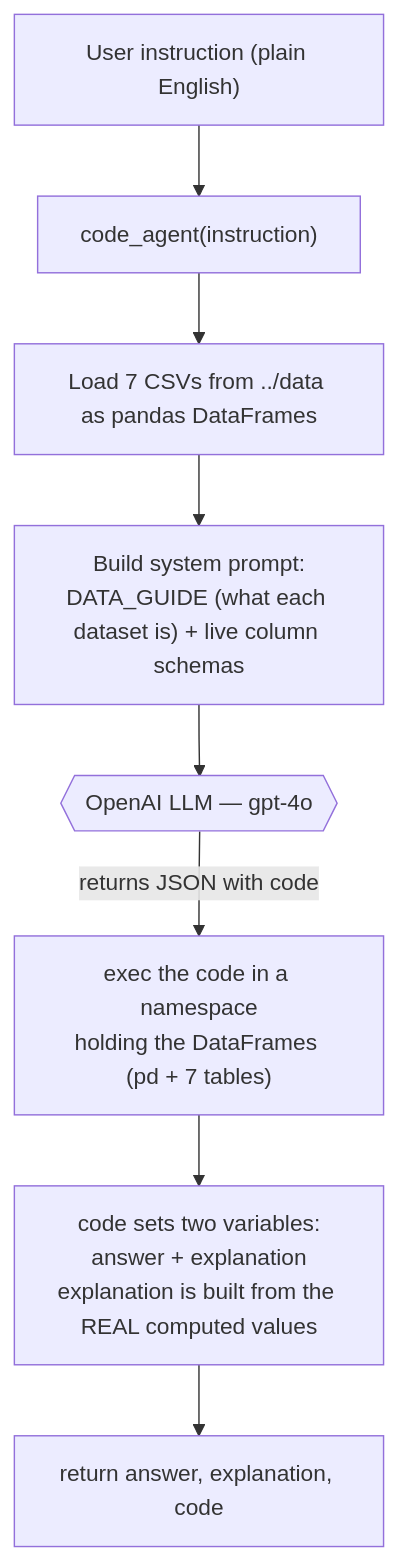
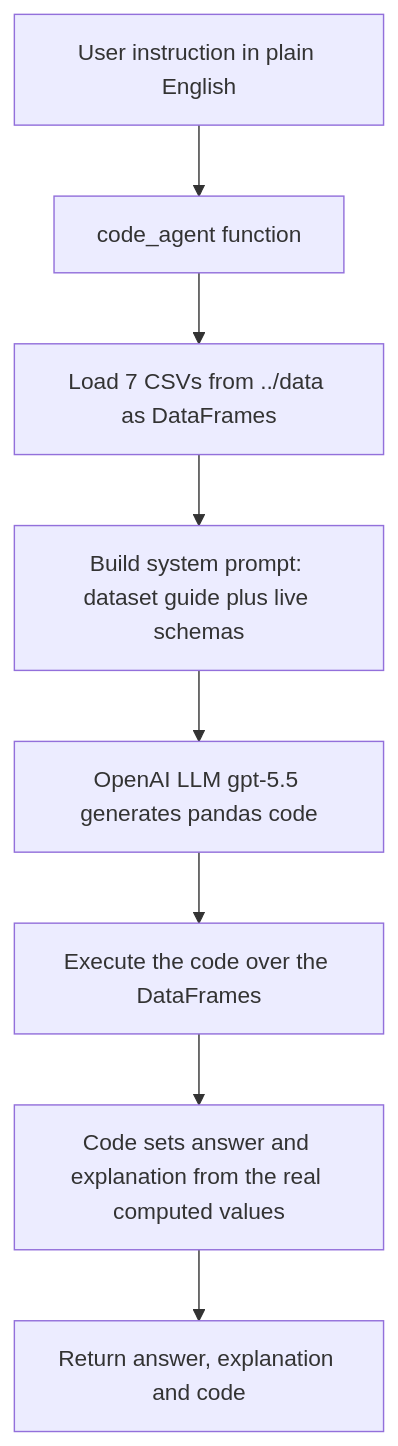
Before and after one commit to Salah-P/CursorHackathon-: the first of 2 diagrams in code_agent/README.md, drawn with Mermaid. The commit also changed other lines of this file and 3 other files, not shown here.

First line of the commit message:
Evaluate with gpt-5.5 (73.3%); overall accuracy only; fix mermaid render

````diff
--- a/code_agent/README.md
+++ b/code_agent/README.md
@@ -38,10 +38,10 @@
 ```mermaid
 flowchart TD
-    U["User instruction (plain English)"] --> CA["code_agent(instruction)"]
-    CA --> LD["Load 7 CSVs from ../data as pandas DataFrames"]
-    LD --> SP["Build system prompt:<br/>DATA_GUIDE (what each dataset is) + live column schemas"]
-    SP --> LLM{{"OpenAI LLM — gpt-4o"}}
-    LLM -->|returns JSON with code| EX["exec the code in a namespace<br/>holding the DataFrames (pd + 7 tables)"]
-    EX --> AV["code sets two variables:<br/>answer + explanation<br/>explanation is built from the REAL computed values"]
-    AV --> RET["return answer, explanation, code"]
+    U[User instruction in plain English] --> CA[code_agent function]
+    CA --> LD[Load 7 CSVs from ../data as DataFrames]
+    LD --> SP[Build system prompt: dataset guide plus live schemas]
+    SP --> LLM[OpenAI LLM gpt-5.5 generates pandas code]
+    LLM --> EX[Execute the code over the DataFrames]
+    EX --> AV[Code sets answer and explanation from the real computed values]
+    AV --> RET[Return answer, explanation and code]
 ```
````
